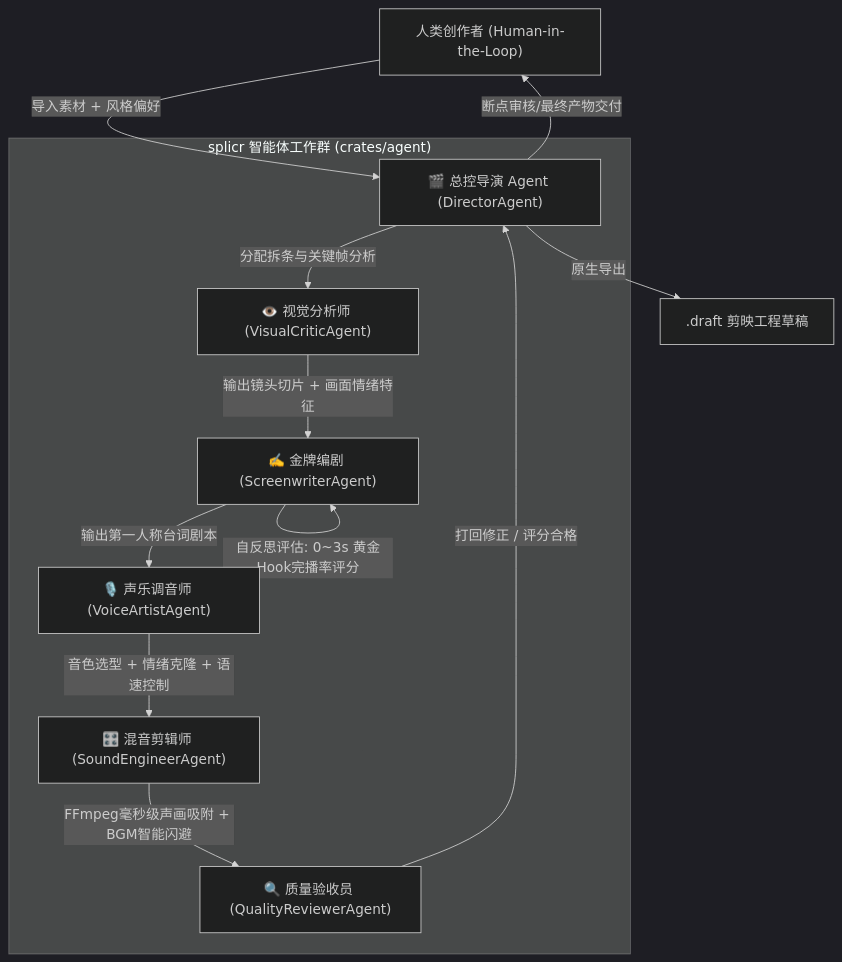
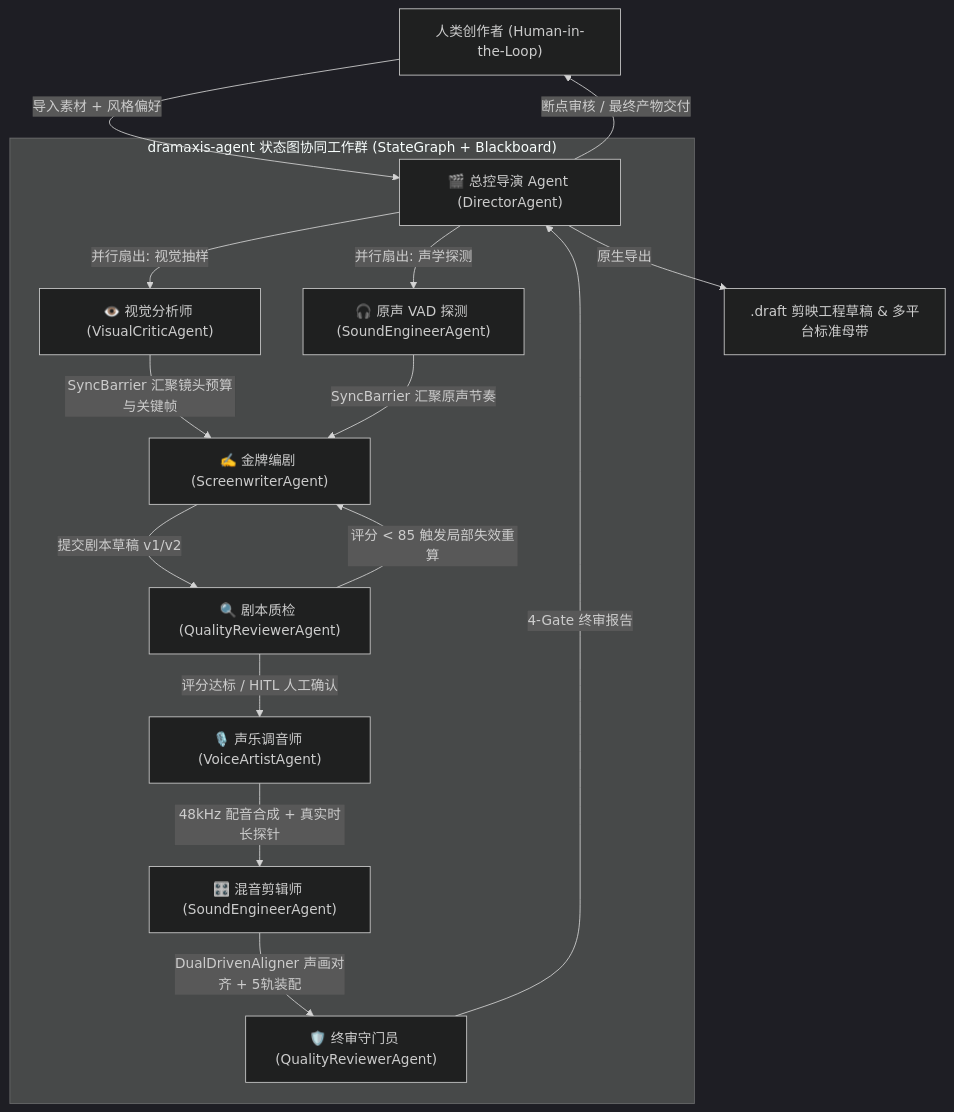
Before and after one commit to Agions/dramaxis: the diagram in README.md, drawn with Mermaid (dark theme). The commit also changed other lines of this file and 95 other files, not shown here.

Commit message:
refactor: rename project references and crates from splicr to dramaxis

````diff
--- a/README.md
+++ b/README.md
@@ -61,20 +52,23 @@
 ```mermaid
 graph TD
     User["人类创作者 (Human-in-the-Loop)"] -->|导入素材 + 风格偏好| Director["🎬 总控导演 Agent (DirectorAgent)"]
 
-    subgraph MultiAgentTeam ["splicr 智能体工作群 (crates/agent)"]
-        Director -->|分配拆条与关键帧分析| VisualCritic["👁️ 视觉分析师 (VisualCriticAgent)"]
-        VisualCritic -->|输出镜头切片 + 画面情绪特征| Screenwriter["✍️ 金牌编剧 (ScreenwriterAgent)"]
+    subgraph MultiAgentTeam ["dramaxis-agent 状态图协同工作群 (StateGraph + Blackboard)"]
+        Director -->|并行扇出: 视觉抽样| VisualCritic["👁️ 视觉分析师 (VisualCriticAgent)"]
+        Director -->|并行扇出: 声学探测| SoundProbe["🎧 原声 VAD 探测 (SoundEngineerAgent)"]
+        VisualCritic -->|SyncBarrier 汇聚镜头预算与关键帧| Screenwriter["✍️ 金牌编剧 (ScreenwriterAgent)"]
+        SoundProbe -->|SyncBarrier 汇聚原声节奏| Screenwriter
 
-        Screenwriter -->|自反思评估: 0~3s 黄金Hook完播率评分| Screenwriter
-        Screenwriter -->|输出第一人称台词剧本| VoiceArtist["🎙️ 声乐调音师 (VoiceArtistAgent)"]
+        Screenwriter -->|提交剧本草稿 v1/v2| QC_Script["🔍 剧本质检 (QualityReviewerAgent)"]
+        QC_Script -->|评分 < 85 触发局部失效重算| Screenwriter
+        QC_Script -->|评分达标 / HITL 人工确认| VoiceArtist["🎙️ 声乐调音师 (VoiceArtistAgent)"]
 
-        VoiceArtist -->|音色选型 + 情绪克隆 + 语速控制| SoundEngineer["🎛️ 混音剪辑师 (SoundEngineerAgent)"]
-        SoundEngineer -->|FFmpeg毫秒级声画吸附 + BGM智能闪避| QC["🔍 质量验收员 (QualityReviewerAgent)"]
+        VoiceArtist -->|48kHz 配音合成 + 真实时长探针| SoundEngineer["🎛️ 混音剪辑师 (SoundEngineerAgent)"]
+        SoundEngineer -->|DualDrivenAligner 声画对齐 + 5轨装配| QC_Final["🛡️ 终审守门员 (QualityReviewerAgent)"]
 
-        QC -->|打回修正 / 评分合格| Director
+        QC_Final -->|4-Gate 终审报告| Director
     end
 
-    Director -->|断点审核/最终产物交付| User
-    Director -->|原生导出| CapCut[".draft 剪映工程草稿"]
+    Director -->|断点审核 / 最终产物交付| User
+    Director -->|原生导出| CapCut[".draft 剪映工程草稿 & 多平台标准母带"]
 ```
````
